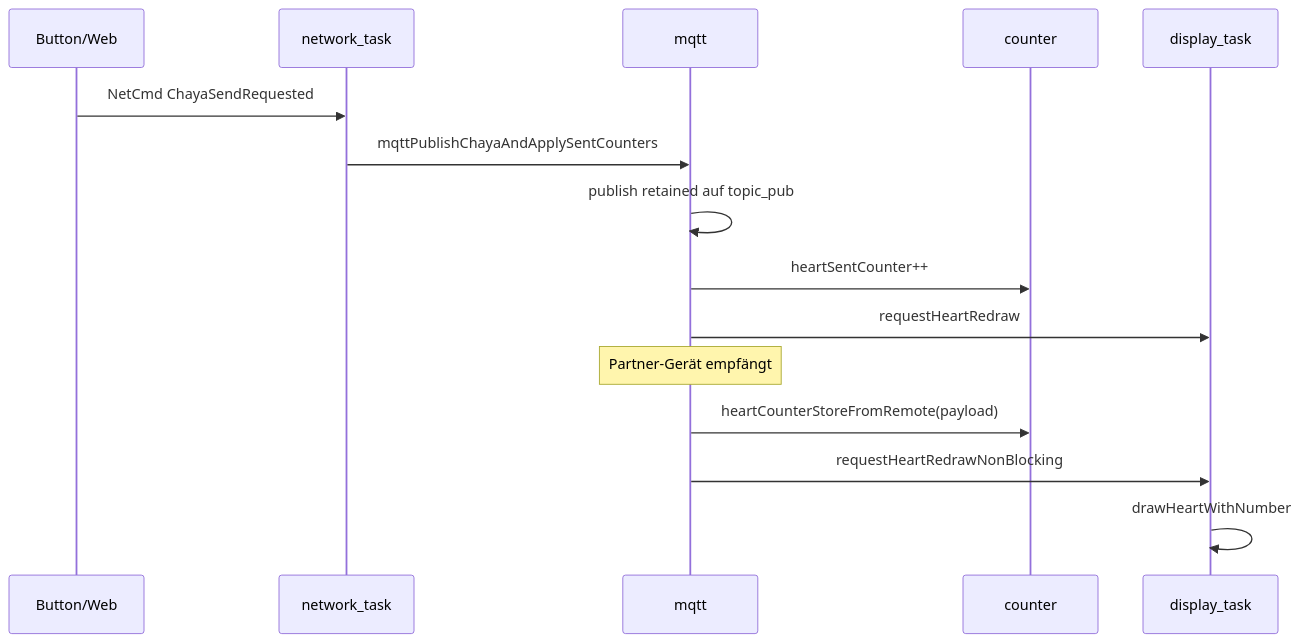
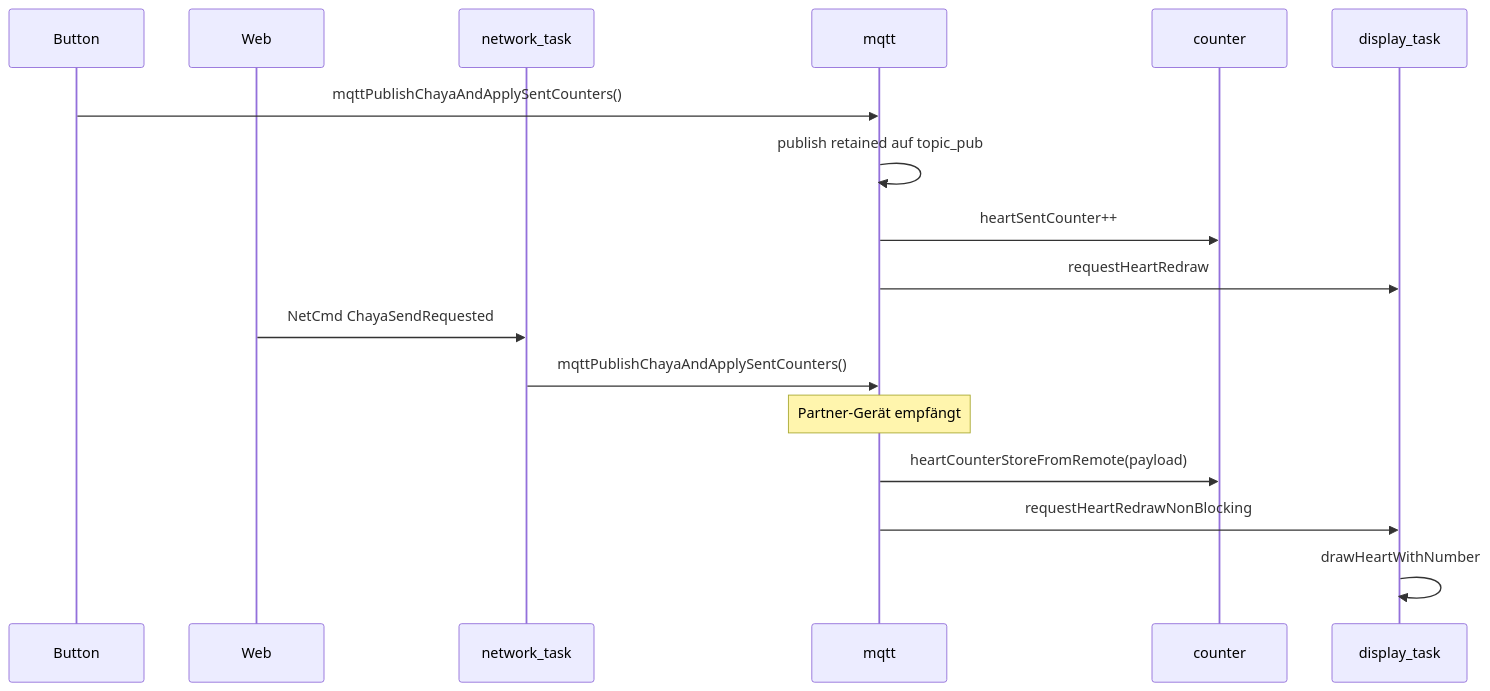
The third of 3 diagrams in docs/ARCHITECTURE.md (EyJunge1/chaya2mqtt), drawn with Mermaid before and after one commit. The commit also changed other lines of this file and 47 other files, not shown here.

First line of the commit message:
Enhance build configuration and documentation for Chaya2MQTT

````diff
--- a/docs/ARCHITECTURE.md
+++ b/docs/ARCHITECTURE.md
@@ -169,19 +170,22 @@
 ```mermaid
 sequenceDiagram
-    participant B as Button/Web
+    participant B as Button
+    participant W as Web
     participant N as network_task
     participant M as mqtt
     participant C as counter
     participant D as display_task
 
-    B->>N: NetCmd ChayaSendRequested
-    N->>M: mqttPublishChayaAndApplySentCounters
+    B->>M: mqttPublishChayaAndApplySentCounters()
     M->>M: publish retained auf topic_pub
     M->>C: heartSentCounter++
     M->>D: requestHeartRedraw
+
+    W->>N: NetCmd ChayaSendRequested
+    N->>M: mqttPublishChayaAndApplySentCounters()
 
     Note over M: Partner-Gerät empfängt
     M->>C: heartCounterStoreFromRemote(payload)
     M->>D: requestHeartRedrawNonBlocking
     D->>D: drawHeartWithNumber
 ```
````
